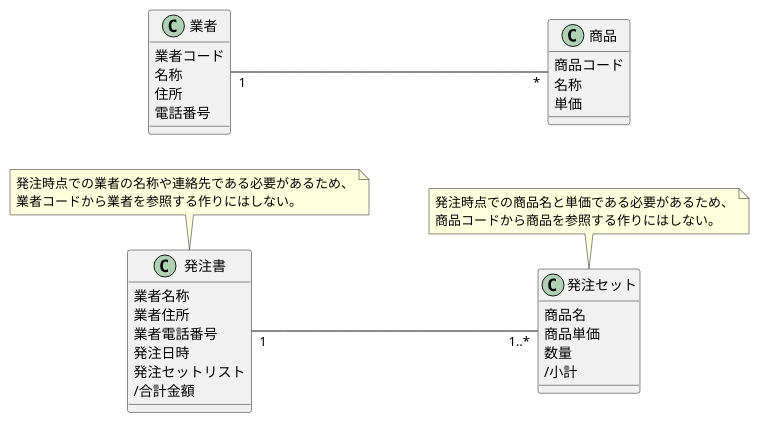
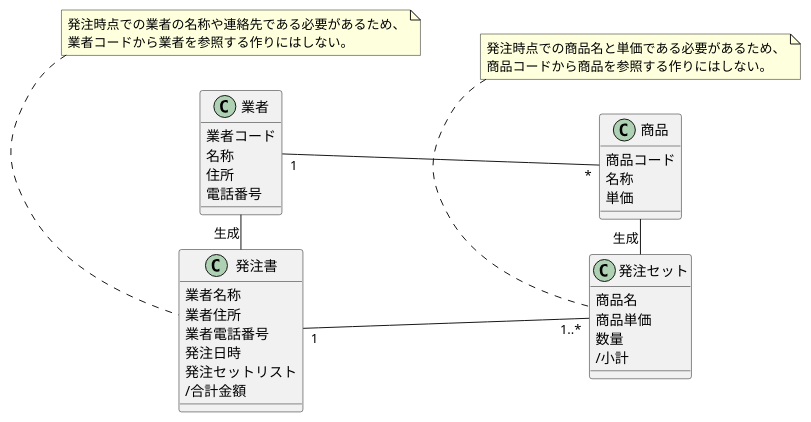
One commit to YanaPIIDXer/PurchaseOrderSystem changed the diagram in docs/Diagrams/Classes.puml. Above: the diagram before and after it, drawn with PlantUML. The commit also changed 1 other file, not shown here.

```diff
--- a/docs/Diagrams/Classes.puml
+++ b/docs/Diagrams/Classes.puml
@@ -1,43 +1,45 @@
 @startuml Classes
 left to right direction
 
 class 業者 {
     業者コード
     名称
     住所
     電話番号
 }
 
 class 商品 {
     商品コード
     名称
     単価
 }
 
 class 発注セット {
     商品名
     商品単価
     数量
     /小計
 }
 note top of 発注セット
     発注時点での商品名と単価である必要があるため、
     商品コードから商品を参照する作りにはしない。
 end note
 
 class 発注書 {
     業者名称
     業者住所
     業者電話番号
     発注日時
     発注セットリスト
     /合計金額
 }
 note top of 発注書
     発注時点での業者の名称や連絡先である必要があるため、
     業者コードから業者を参照する作りにはしない。
 end note
 
 業者 "1" -- "*" 商品
 発注書 "1" -- "1..*" 発注セット
+業者 - "生成" 発注書
+商品 - "生成" 発注セット
 @end
```
